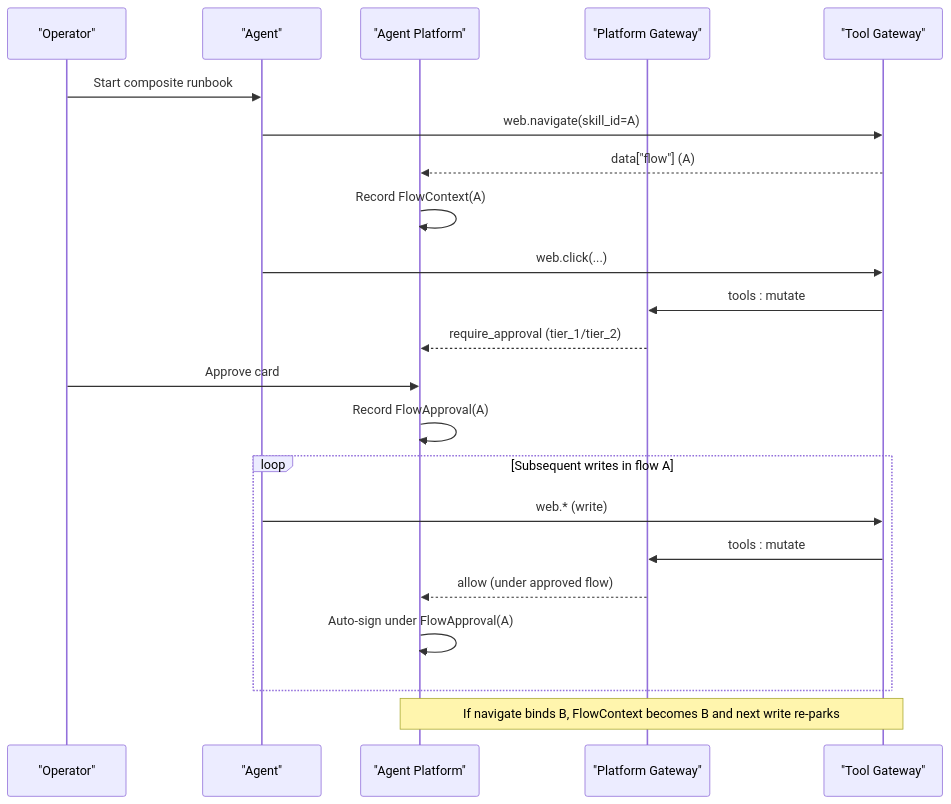
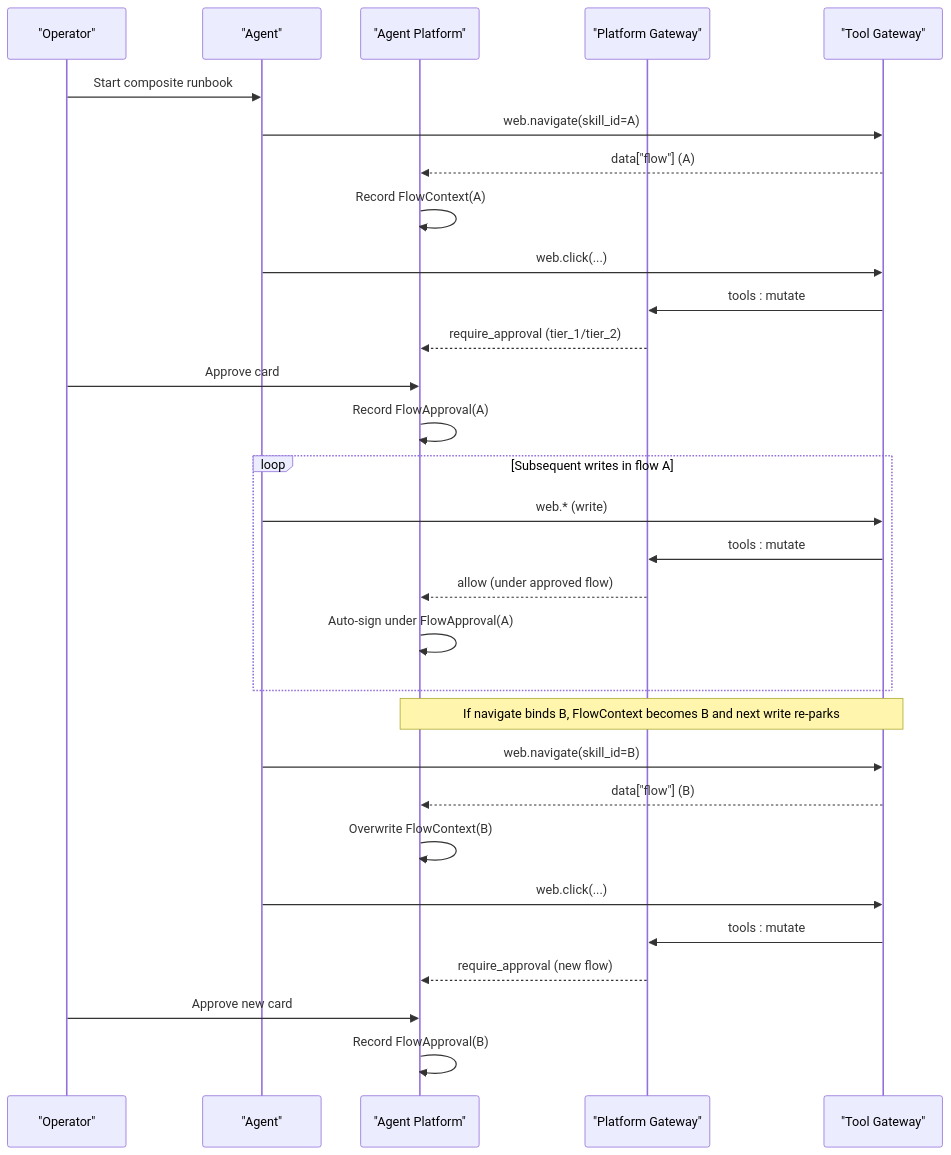
The second of 8 diagrams in .qoder/repowiki/en/content/Architecture Documentation/Composition Trust Model Spike.md (metasync/luban-aiops), drawn with Mermaid before and after one commit. The commit also changed other lines of this file and 25 other files, not shown here.

````diff
--- a/.qoder/repowiki/en/content/Architecture Documentation/Composition Trust Model Spike.md
+++ b/.qoder/repowiki/en/content/Architecture Documentation/Composition Trust Model Spike.md
@@ -105,24 +115,32 @@
 ```mermaid
 sequenceDiagram
 participant Op as "Operator"
 participant AG as "Agent"
 participant AP as "Agent Platform"
 participant GW as "Platform Gateway"
 participant TG as "Tool Gateway"
 Op->>AG : Start composite runbook
 AG->>TG : web.navigate(skill_id=A)
 TG-->>AP : data["flow"] (A)
 AP->>AP : Record FlowContext(A)
 AG->>TG : web.click(...)
 TG->>GW : tools : mutate
 GW-->>AP : require_approval (tier_1/tier_2)
 Op->>AP : Approve card
 AP->>AP : Record FlowApproval(A)
 loop Subsequent writes in flow A
 AG->>TG : web.* (write)
 TG->>GW : tools : mutate
 GW-->>AP : allow (under approved flow)
 AP->>AP : Auto-sign under FlowApproval(A)
 end
 Note over AP,TG : If navigate binds B, FlowContext becomes B and next write re-parks
+AG->>TG : web.navigate(skill_id=B)
+TG-->>AP : data["flow"] (B)
+AP->>AP : Overwrite FlowContext(B)
+AG->>TG : web.click(...)
+TG->>GW : tools : mutate
+GW-->>AP : require_approval (new flow)
+Op->>AP : Approve new card
+AP->>AP : Record FlowApproval(B)
 ```
````
